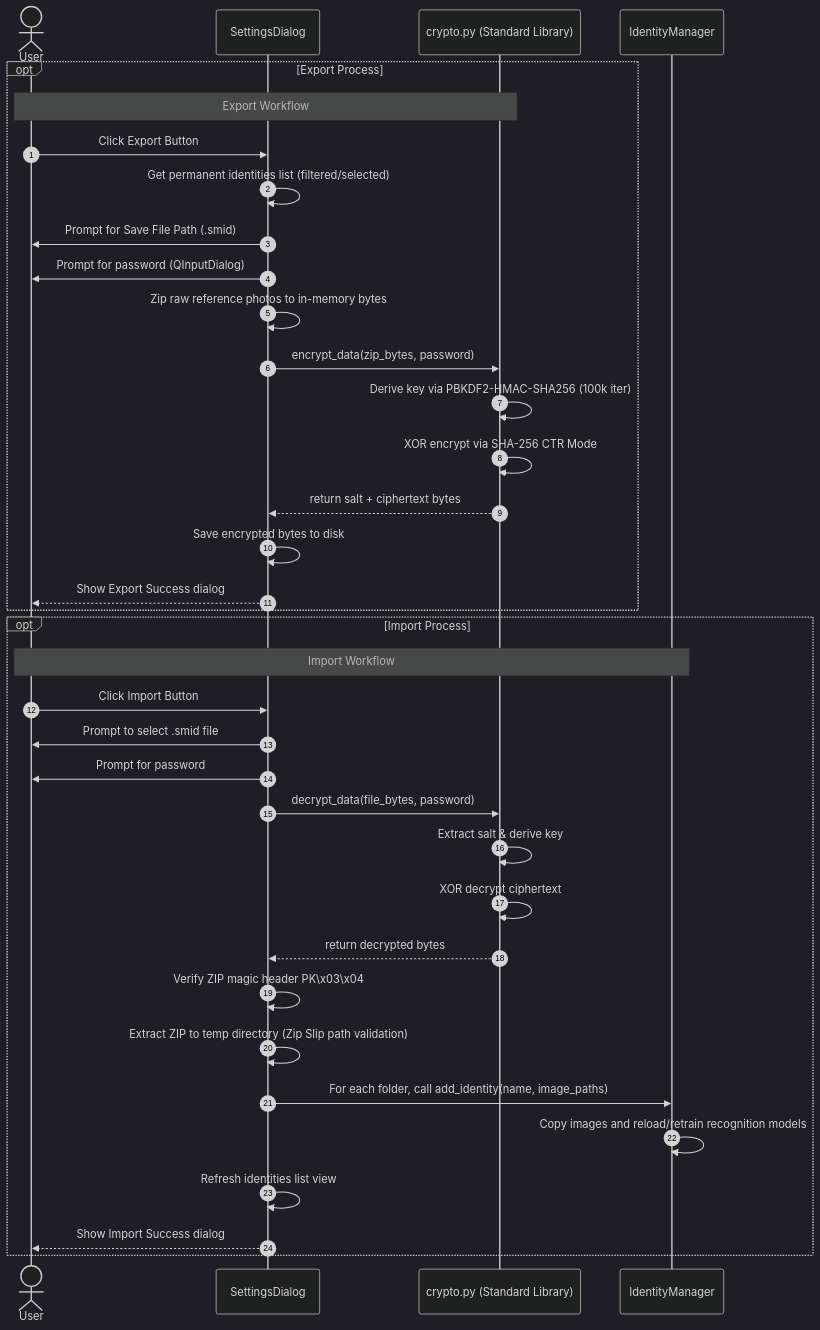
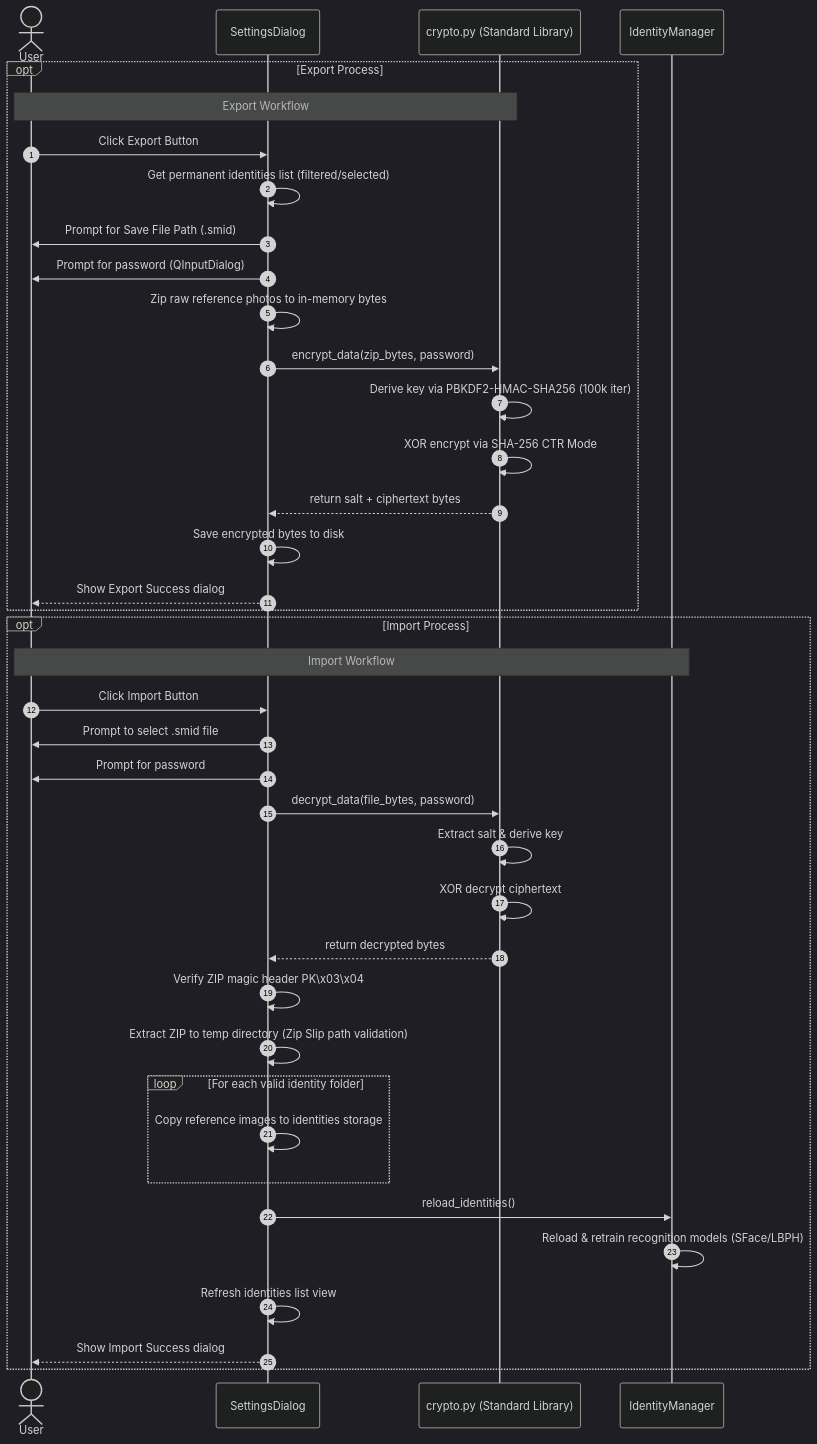
The tenth of 11 diagrams in docs/architecture/workflows.md (FurqanHun/SafeMARC), drawn with Mermaid (dark theme) before and after one commit. The commit also changed 1 other file, not shown here.

Commit message:
feat(gui): add progress bar and dynamic rebuild ETA for identity import

````diff
--- a/docs/architecture/workflows.md
+++ b/docs/architecture/workflows.md
@@ -342,40 +342,43 @@
 ```mermaid
 sequenceDiagram
     autonumber
     actor User
     participant SD as SettingsDialog
     participant CRYP as crypto.py (Standard Library)
     participant IM as IdentityManager
     
     opt Export Process
         Note over User, CRYP: Export Workflow
         User->>SD: Click Export Button
         SD->>SD: Get permanent identities list (filtered/selected)
         SD->>User: Prompt for Save File Path (.smid)
         SD->>User: Prompt for password (QInputDialog)
         SD->>SD: Zip raw reference photos to in-memory bytes
         SD->>CRYP: encrypt_data(zip_bytes, password)
         CRYP->>CRYP: Derive key via PBKDF2-HMAC-SHA256 (100k iter)
         CRYP->>CRYP: XOR encrypt via SHA-256 CTR Mode
         CRYP-->>SD: return salt + ciphertext bytes
         SD->>SD: Save encrypted bytes to disk
         SD-->>User: Show Export Success dialog
     end
 
     opt Import Process
         Note over User, IM: Import Workflow
         User->>SD: Click Import Button
         SD->>User: Prompt to select .smid file
         SD->>User: Prompt for password
         SD->>CRYP: decrypt_data(file_bytes, password)
         CRYP->>CRYP: Extract salt & derive key
         CRYP->>CRYP: XOR decrypt ciphertext
         CRYP-->>SD: return decrypted bytes
         SD->>SD: Verify ZIP magic header PK\x03\x04
         SD->>SD: Extract ZIP to temp directory (Zip Slip path validation)
-        SD->>IM: For each folder, call add_identity(name, image_paths)
-        IM->>IM: Copy images and reload/retrain recognition models
+        loop For each valid identity folder
+            SD->>SD: Copy reference images to identities storage
+        end
+        SD->>IM: reload_identities()
+        IM->>IM: Reload & retrain recognition models (SFace/LBPH)
         SD->>SD: Refresh identities list view
         SD-->>User: Show Import Success dialog
     end
 ```
````
